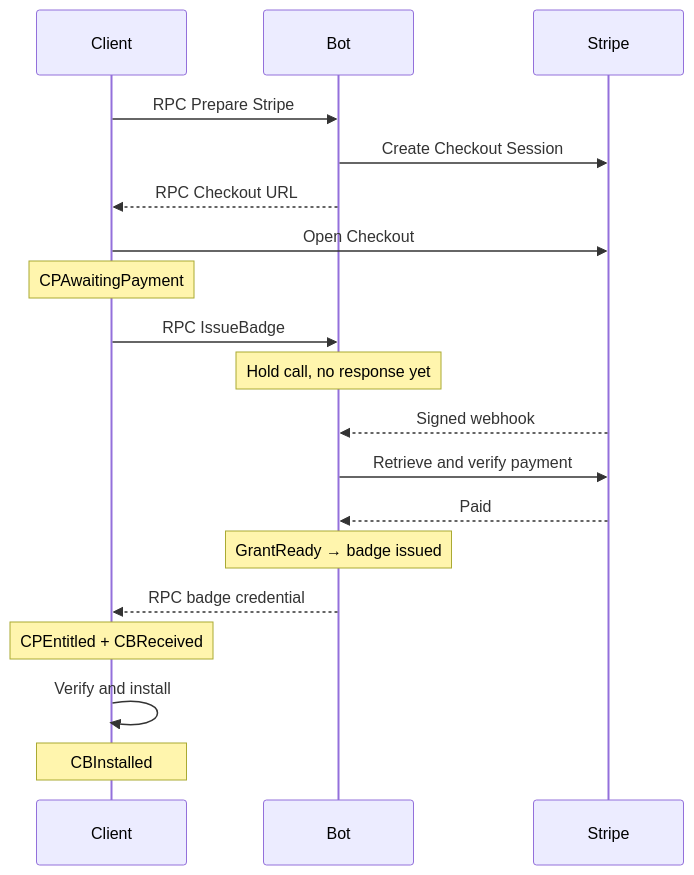
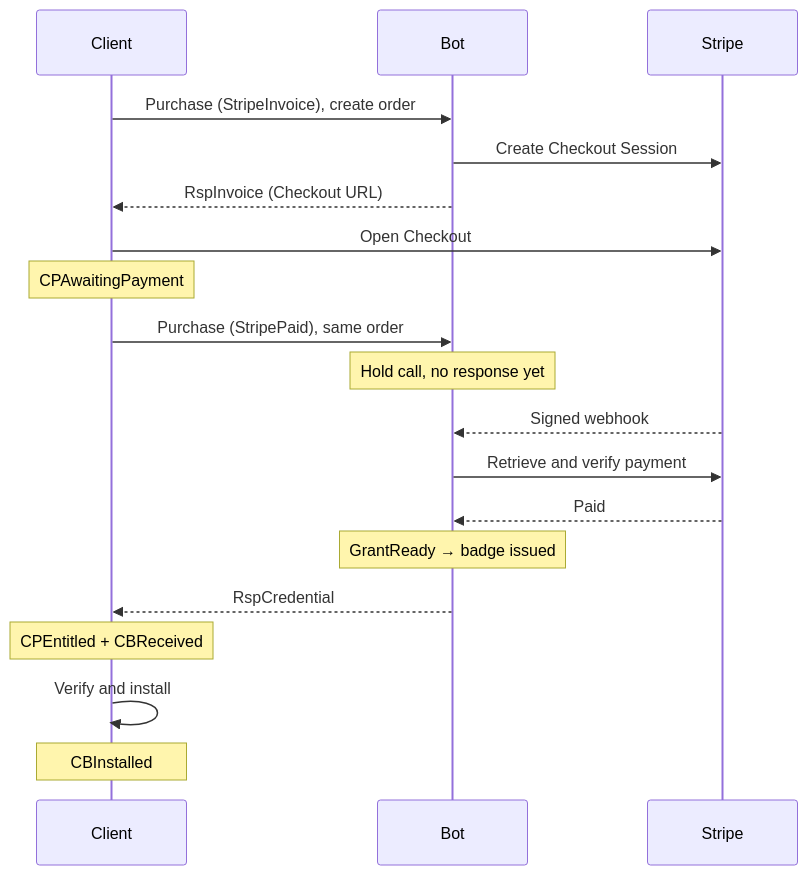
Before and after one commit to simplex-chat/simplex-chat: the seventh of 12 diagrams in plans/2026-07-20-supporter-badges-v2-product.md, drawn with Mermaid. The commit also changed other lines of this file and 3 other files, not shown here.

Commit message:
docs: rework badge plans to order-centric protocol

````diff
--- a/plans/2026-07-20-supporter-badges-v2-product.md
+++ b/plans/2026-07-20-supporter-badges-v2-product.md
@@ -206,21 +210,21 @@
 ```mermaid
 sequenceDiagram
   participant C as Client
   participant B as Bot
   participant S as Stripe
-  C->>B: RPC Prepare Stripe
+  C->>B: Purchase (StripeInvoice), create order
   B->>S: Create Checkout Session
-  B-->>C: RPC Checkout URL
+  B-->>C: RspInvoice (Checkout URL)
   C->>S: Open Checkout
   Note over C: CPAwaitingPayment
-  C->>B: RPC IssueBadge
+  C->>B: Purchase (StripePaid), same order
   Note over B: Hold call, no response yet
   S-->>B: Signed webhook
   B->>S: Retrieve and verify payment
   S-->>B: Paid
   Note over B: GrantReady → badge issued
-  B-->>C: RPC badge credential
+  B-->>C: RspCredential
   Note over C: CPEntitled + CBReceived
   C->>C: Verify and install
   Note over C: CBInstalled
 ```
````
